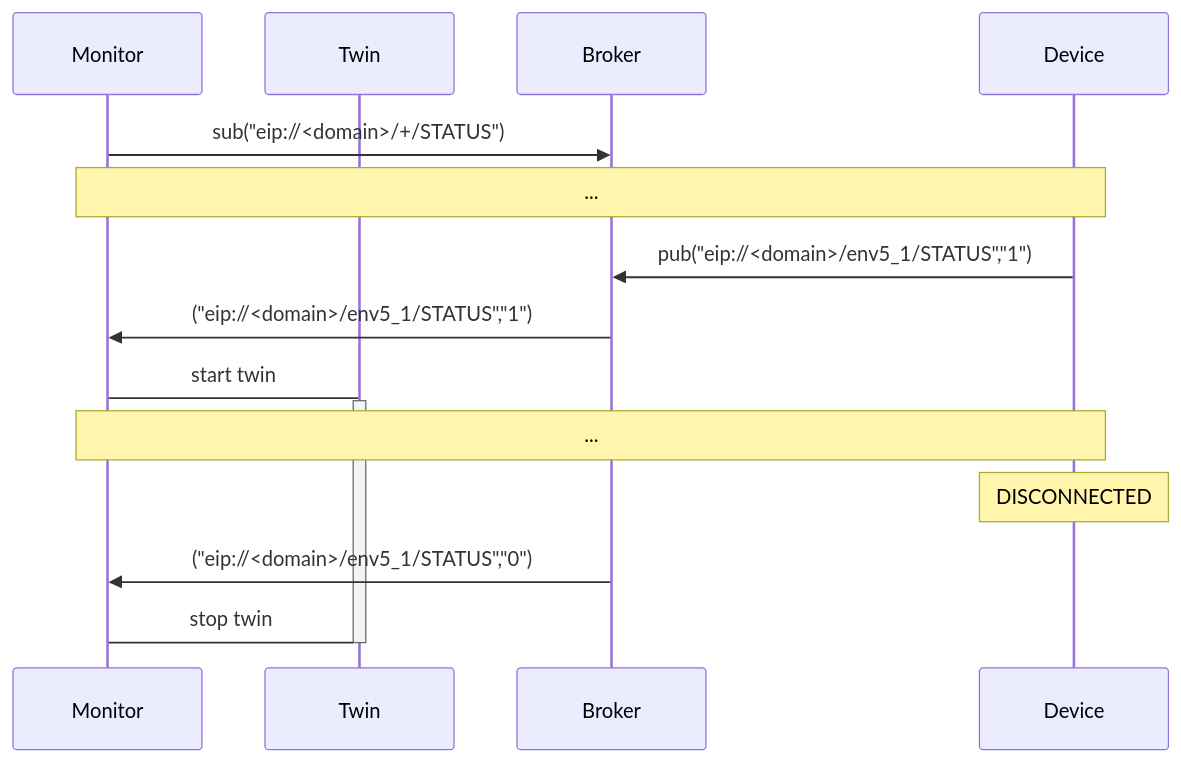
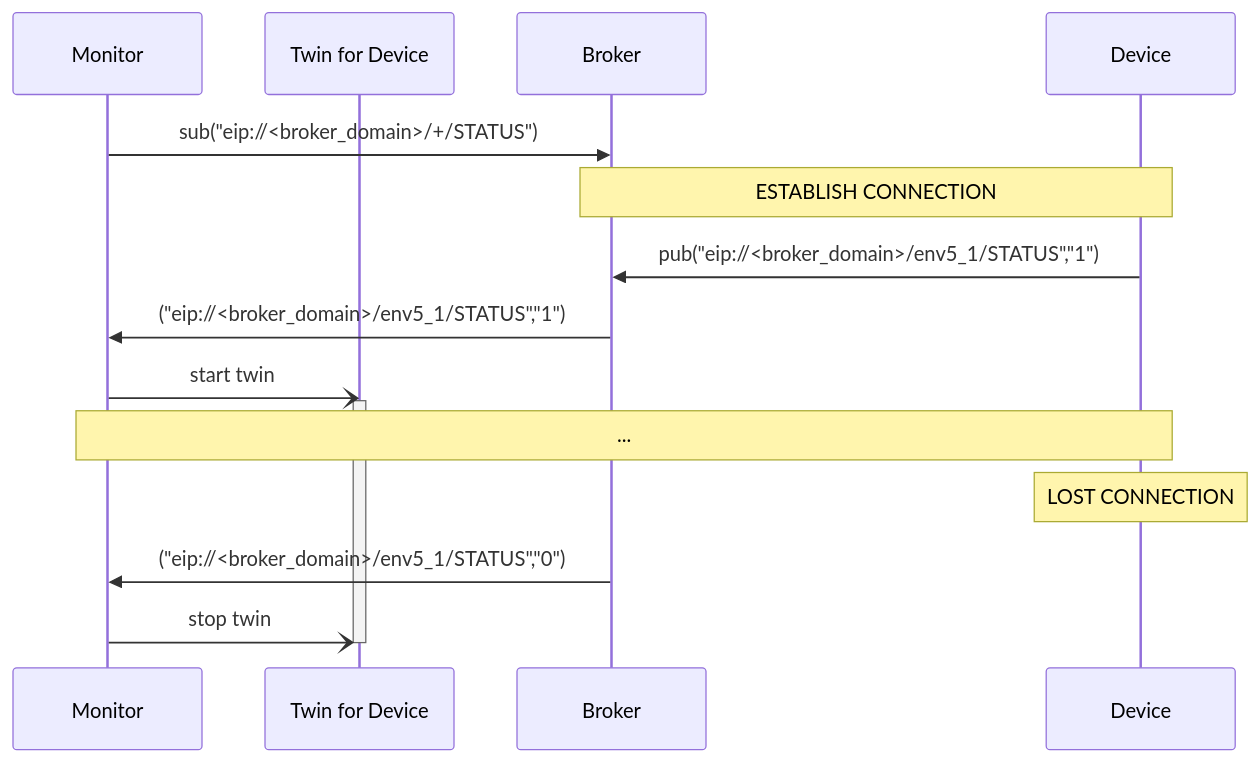
Before and after one commit to es-ude/elastic-ai.runtime.cloud: the first of 5 diagrams in EIP_PROTOCOL.md, drawn with Mermaid. The commit also changed other lines of this file and 3 other files, not shown here.

````diff
--- a/EIP_PROTOCOL.md
+++ b/EIP_PROTOCOL.md
@@ -50,18 +50,19 @@
 ```mermaid
 sequenceDiagram
   participant m as Monitor
-  participant t as Twin
+  participant t as Twin for Device
   participant b as Broker
   participant d as Device
-  m ->> b: sub("eip://<domain>/+/STATUS")
-  Note over m,d: ...
-  d ->> b: pub("eip://<domain>/env5_1/STATUS","1")
-  b ->> m: ("eip://<domain>/env5_1/STATUS","1")
-  m -> t: start twin
+  
+  m ->> b: sub("eip://<broker_domain>/+/STATUS")
+  Note over b,d: ESTABLISH CONNECTION
+  d ->> b: pub("eip://<broker_domain>/env5_1/STATUS","1")
+  b ->> m: ("eip://<broker_domain>/env5_1/STATUS","1")
+  m -) t: start twin
   activate t
   Note over m,d: ...
-  Note over d: DISCONNECTED
-  b ->> m: ("eip://<domain>/env5_1/STATUS","0")
-  m -> t: stop twin
+  Note over d: LOST CONNECTION
+  b ->> m: ("eip://<broker_domain>/env5_1/STATUS","0")
+  m -) t: stop twin
   deactivate t
 ```
````
